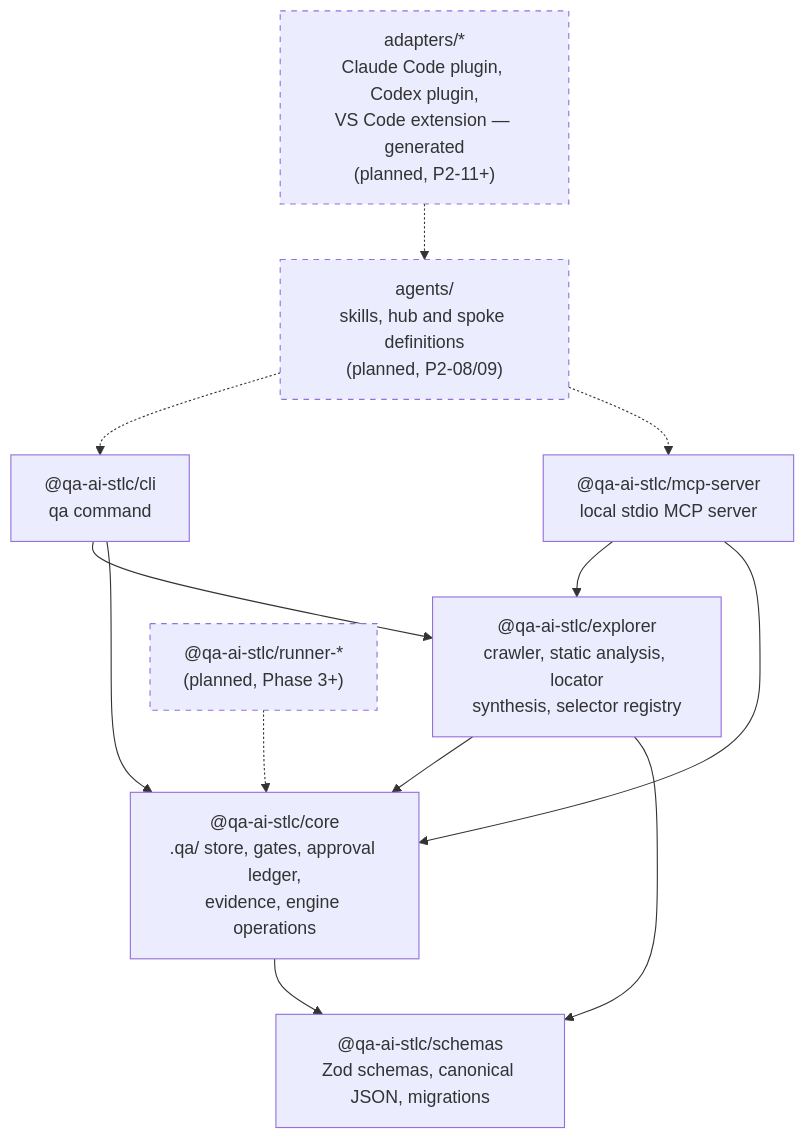
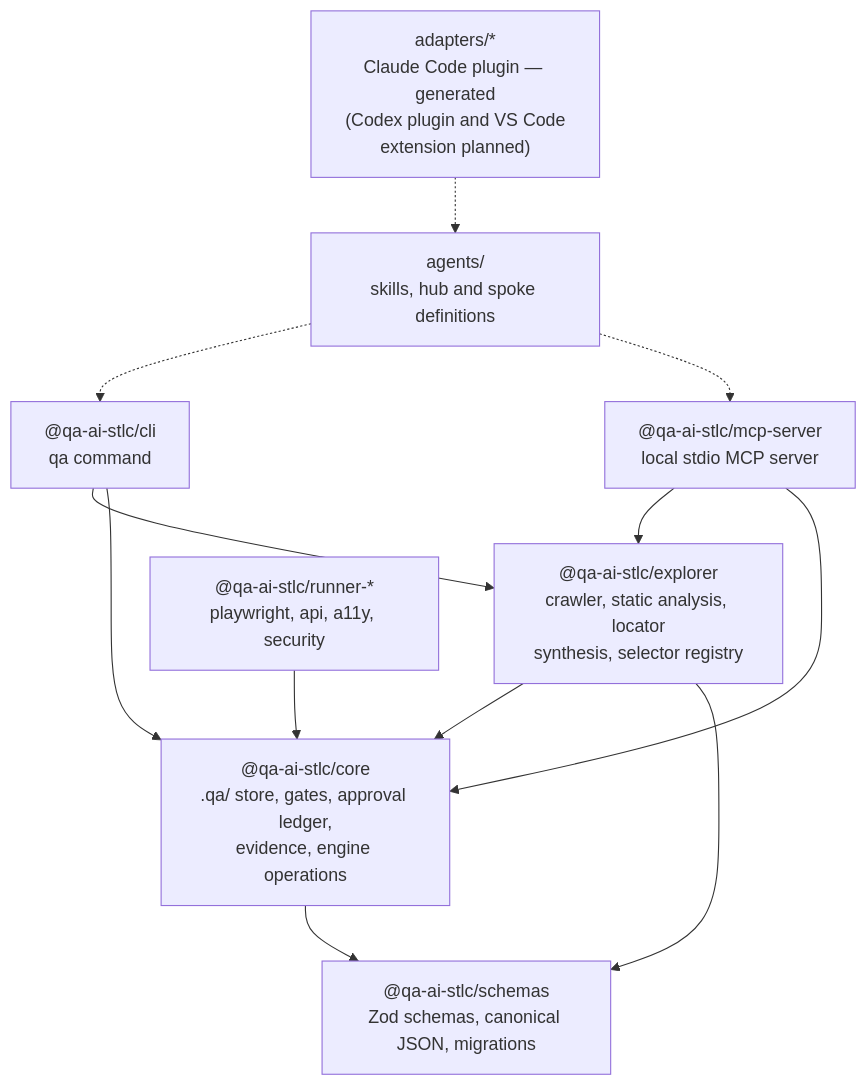
Before and after one commit to Klim-101/QA-AI-STLC: the second of 4 diagrams in docs/public/architecture-diagram.md, drawn with Mermaid. The commit also changed other lines of this file and 3 other files, not shown here.

````diff
--- a/docs/public/architecture-diagram.md
+++ b/docs/public/architecture-diagram.md
@@ -55,27 +54,23 @@
 ```mermaid
 flowchart TD
     schemas["@qa-ai-stlc/schemas<br/>Zod schemas, canonical JSON, migrations"]
     core["@qa-ai-stlc/core<br/>.qa/ store, gates, approval ledger,<br/>evidence, engine operations"]
     explorer["@qa-ai-stlc/explorer<br/>crawler, static analysis, locator<br/>synthesis, selector registry"]
     cli["@qa-ai-stlc/cli<br/>qa command"]
     mcpserver["@qa-ai-stlc/mcp-server<br/>local stdio MCP server"]
-    runner["@qa-ai-stlc/runner-*<br/>(planned, Phase 3+)"]
-    agents["agents/<br/>skills, hub and spoke definitions<br/>(planned, P2-08/09)"]
-    adapters["adapters/*<br/>Claude Code plugin, Codex plugin,<br/>VS Code extension — generated<br/>(planned, P2-11+)"]
+    runner["@qa-ai-stlc/runner-*<br/>playwright, api, a11y, security"]
+    agents["agents/<br/>skills, hub and spoke definitions"]
+    adapters["adapters/*<br/>Claude Code plugin — generated<br/>(Codex plugin and VS Code<br/>extension planned)"]
 
     core --> schemas
     explorer --> schemas
     explorer --> core
     cli --> core
     cli --> explorer
     mcpserver --> core
     mcpserver --> explorer
-    runner -.-> core
+    runner --> core
     agents -.-> mcpserver
     agents -.-> cli
     adapters -.-> agents
-
-    style runner stroke-dasharray: 5 5
-    style agents stroke-dasharray: 5 5
-    style adapters stroke-dasharray: 5 5
 ```
````
